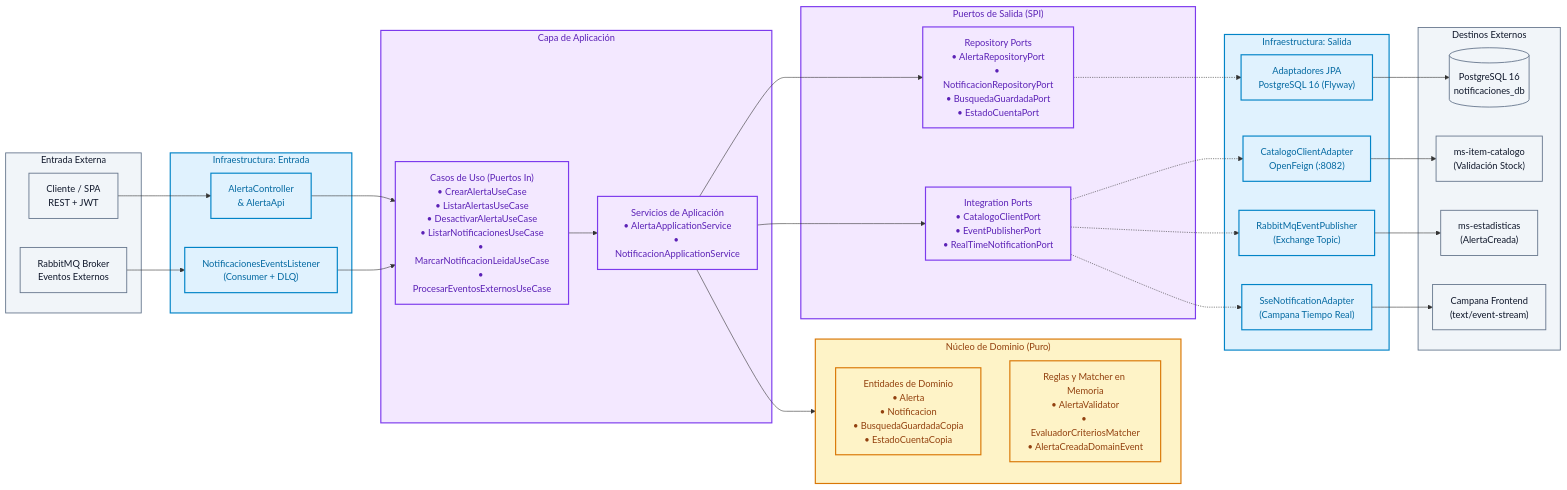
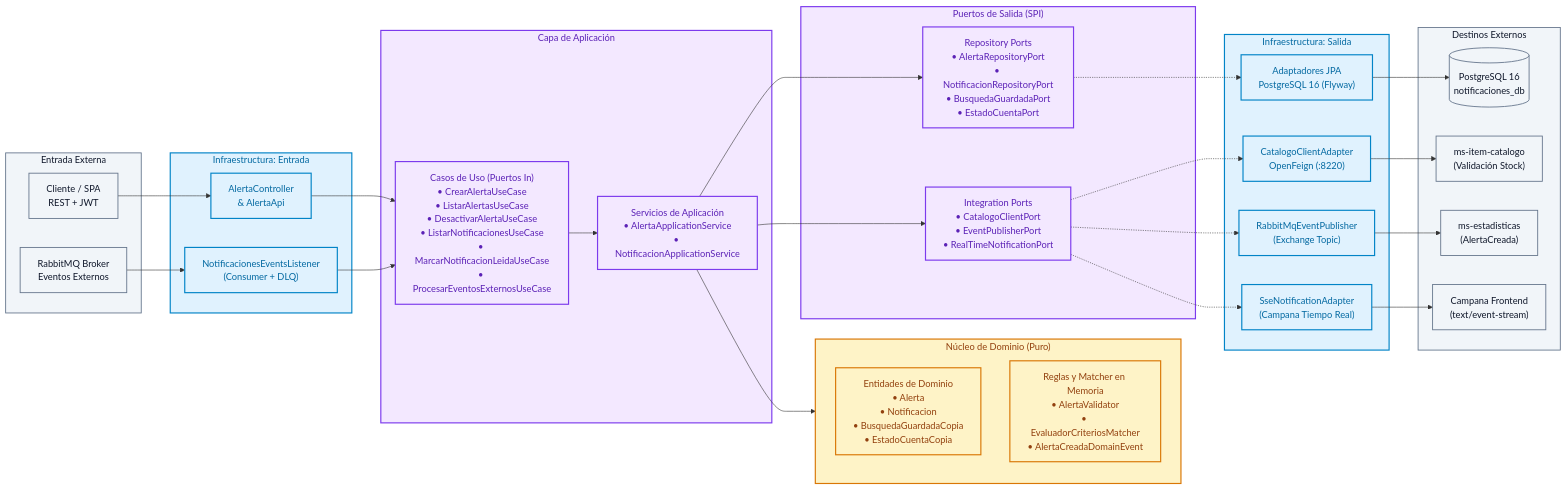
The first of 2 diagrams in README.md (StyleRadar1/GJ-Notification-Service), drawn with Mermaid before and after one commit. The commit also changed other lines of this file and 2 other files, not shown here.

Commit message:
docs(puertos): actualizar puertos en README, contratos y documentacion de diagramas

````diff
--- a/README.md
+++ b/README.md
@@ -136,81 +136,81 @@
 ```mermaid
 flowchart LR
     %% Clientes y Actores Externos
     subgraph EXT_IN["Entrada Externa"]
         CLIENT["Cliente / SPA<br>REST + JWT"]
         BROKER_IN["RabbitMQ Broker<br>Eventos Externos"]
     end
 
     %% Capa de Infraestructura - Adaptadores de Entrada
     subgraph ADAPTERS_IN["Infraestructura: Entrada"]
         REST_CTRL["AlertaController<br>& AlertaApi"]
         AMQP_LISTENER["NotificacionesEventsListener<br>(Consumer + DLQ)"]
     end
 
     %% Capa de Aplicacion
     subgraph APPLICATION["Capa de Aplicación"]
         USE_CASES["Casos de Uso (Puertos In)<br>• CrearAlertaUseCase<br>• ListarAlertasUseCase<br>• DesactivarAlertaUseCase<br>• ListarNotificacionesUseCase<br>• MarcarNotificacionLeidaUseCase<br>• ProcesarEventosExternosUseCase"]
         APP_SERVICES["Servicios de Aplicación<br>• AlertaApplicationService<br>• NotificacionApplicationService"]
     end
 
     %% Núcleo de Dominio Puro
     subgraph DOMAIN["Núcleo de Dominio (Puro)"]
         ENTITIES["Entidades de Dominio<br>• Alerta<br>• Notificacion<br>• BusquedaGuardadaCopia<br>• EstadoCuentaCopia"]
         RULES["Reglas y Matcher en Memoria<br>• AlertaValidator<br>• EvaluadorCriteriosMatcher<br>• AlertaCreadaDomainEvent"]
     end
 
     %% Puertos de Salida
     subgraph PORTS_OUT["Puertos de Salida (SPI)"]
         P_REPOS["Repository Ports<br>• AlertaRepositoryPort<br>• NotificacionRepositoryPort<br>• BusquedaGuardadaPort<br>• EstadoCuentaPort"]
         P_EXT["Integration Ports<br>• CatalogoClientPort<br>• EventPublisherPort<br>• RealTimeNotificationPort"]
     end
 
     %% Adaptadores de Salida
     subgraph ADAPTERS_OUT["Infraestructura: Salida"]
         JPA_ADAPTER["Adaptadores JPA<br>PostgreSQL 16 (Flyway)"]
-        FEIGN_ADAPTER["CatalogoClientAdapter<br>OpenFeign (:8082)"]
+        FEIGN_ADAPTER["CatalogoClientAdapter<br>OpenFeign (:8220)"]
         AMQP_ADAPTER["RabbitMqEventPublisher<br>(Exchange Topic)"]
         SSE_ADAPTER["SseNotificationAdapter<br>(Campana Tiempo Real)"]
     end
 
     %% Destinos Externos
     subgraph EXT_OUT["Destinos Externos"]
         DB[(PostgreSQL 16<br>notificaciones_db)]
         CATALOGO["ms-item-catalogo<br>(Validación Stock)"]
         ESTADISTICAS["ms-estadisticas<br>(AlertaCreada)"]
         SSE_CLIENT["Campana Frontend<br>(text/event-stream)"]
     end
 
     %% Flujo de Invocación
     CLIENT --> REST_CTRL
     BROKER_IN --> AMQP_LISTENER
 
     REST_CTRL --> USE_CASES
     AMQP_LISTENER --> USE_CASES
 
     USE_CASES --> APP_SERVICES
     APP_SERVICES --> DOMAIN
     APP_SERVICES --> P_REPOS
     APP_SERVICES --> P_EXT
 
     P_REPOS -.-> JPA_ADAPTER
     P_EXT -.-> FEIGN_ADAPTER
     P_EXT -.-> AMQP_ADAPTER
     P_EXT -.-> SSE_ADAPTER
 
     JPA_ADAPTER --> DB
     FEIGN_ADAPTER --> CATALOGO
     AMQP_ADAPTER --> ESTADISTICAS
     SSE_ADAPTER --> SSE_CLIENT
 
     %% Estilos de Alta Claridad y Contraste
     classDef ext fill:#F1F5F9,stroke:#64748B,stroke-width:1.5px,color:#0F172A;
     classDef infra fill:#E0F2FE,stroke:#0284C7,stroke-width:2px,color:#0369A1;
     classDef app fill:#F3E8FF,stroke:#7C3AED,stroke-width:2px,color:#5B21B6;
     classDef dom fill:#FEF3C7,stroke:#D97706,stroke-width:2px,color:#92400E;
 
     class EXT_IN,EXT_OUT,CLIENT,BROKER_IN,DB,CATALOGO,ESTADISTICAS,SSE_CLIENT ext;
     class ADAPTERS_IN,ADAPTERS_OUT,REST_CTRL,AMQP_LISTENER,JPA_ADAPTER,FEIGN_ADAPTER,AMQP_ADAPTER,SSE_ADAPTER infra;
     class APPLICATION,PORTS_OUT,USE_CASES,APP_SERVICES,P_REPOS,P_EXT app;
     class DOMAIN,ENTITIES,RULES dom;
 ```
````
